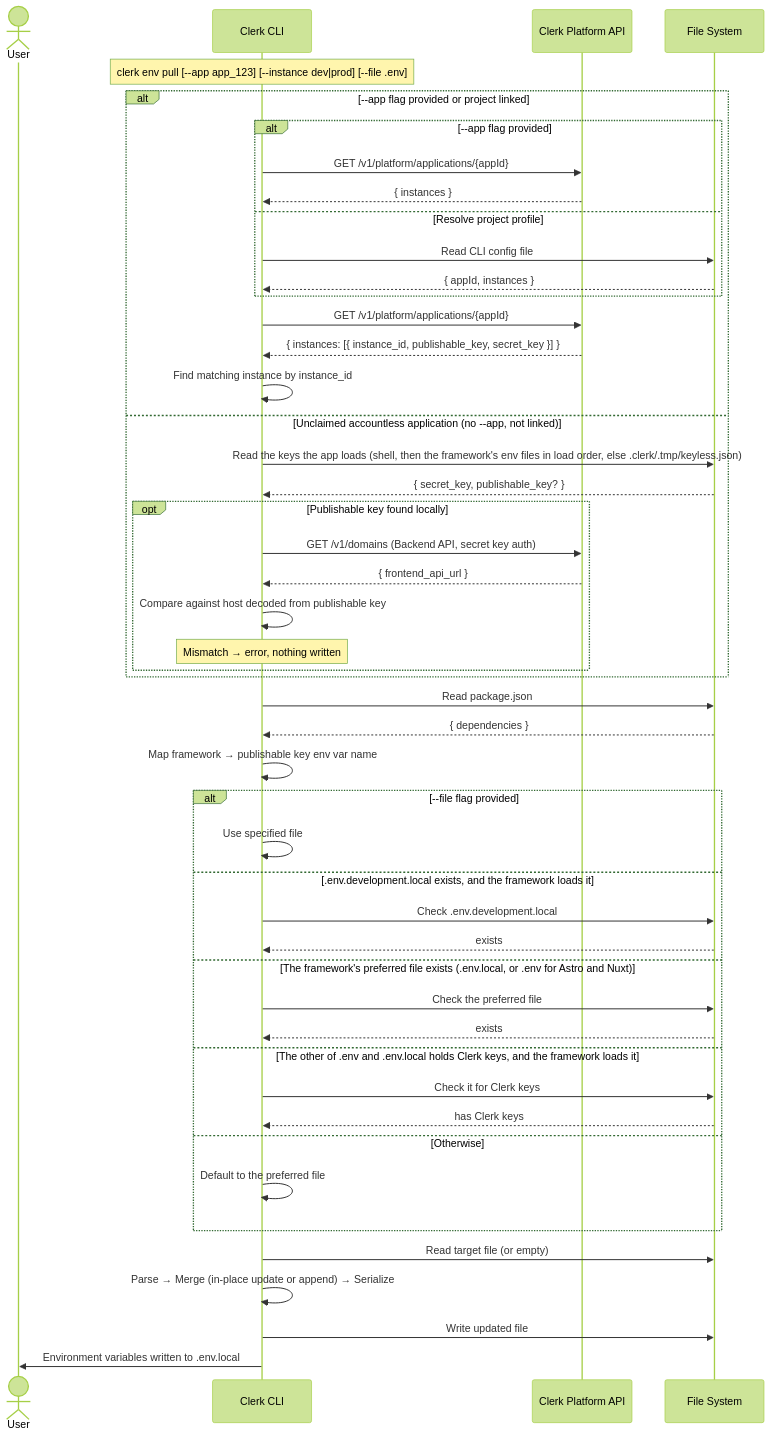
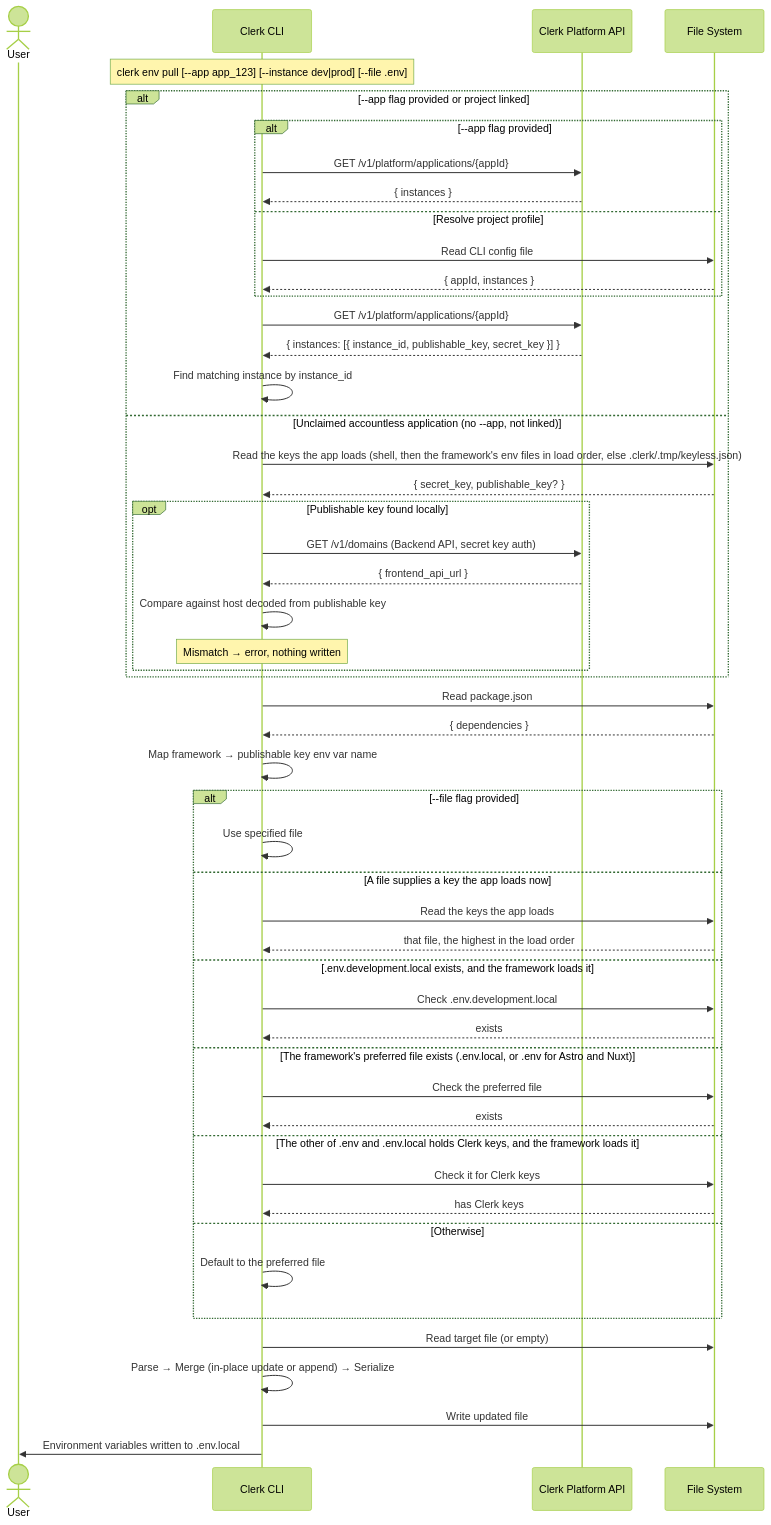
Before and after one commit to clerk/cli: the diagram in packages/cli-core/src/commands/env/README.md, drawn with Mermaid (forest theme). The commit also changed 2 other files, not shown here.

Commit message:
Write env pull's keys over the ones the app loads
- `env pull`'s default target could rank below a file that still held an old Clerk key in the framework's load order, e.g. an Astro folder got `.env` while `.env.local` held an old publishable key, so the old key kept winning for the app and for the CLI's reader
- The file that supplies a key the app loads now (`readFolderKeys`), the highest in the load order, is the target; otherwise the earlier rules pick it
- Tests: Astro with an old key in `.env.local`, and Vite with an old publishable or secret key in `.env.development`

````diff
--- a/packages/cli-core/src/commands/env/README.md
+++ b/packages/cli-core/src/commands/env/README.md
@@ -28,60 +28,63 @@
 ```mermaid
 sequenceDiagram
     actor User
     participant CLI as Clerk CLI
     participant API as Clerk Platform API
     participant FS as File System
 
     Note over CLI: clerk env pull [--app app_123] [--instance dev|prod] [--file .env]
 
     alt --app flag provided or project linked
         alt --app flag provided
             CLI->>API: GET /v1/platform/applications/{appId}
             API-->>CLI: { instances }
         else Resolve project profile
             CLI->>FS: Read CLI config file
             FS-->>CLI: { appId, instances }
         end
 
         %% Fetch application with keys
         CLI->>API: GET /v1/platform/applications/{appId}
         API-->>CLI: { instances: [{ instance_id, publishable_key, secret_key }] }
         CLI->>CLI: Find matching instance by instance_id
     else Unclaimed accountless application (no --app, not linked)
         CLI->>FS: Read the keys the app loads (shell, then the framework's env files in load order, else .clerk/.tmp/keyless.json)
         FS-->>CLI: { secret_key, publishable_key? }
         opt Publishable key found locally
             CLI->>API: GET /v1/domains (Backend API, secret key auth)
             API-->>CLI: { frontend_api_url }
             CLI->>CLI: Compare against host decoded from publishable key
             Note over CLI: Mismatch → error, nothing written
         end
     end
 
     %% Detect framework
     CLI->>FS: Read package.json
     FS-->>CLI: { dependencies }
     CLI->>CLI: Map framework → publishable key env var name
 
     %% Resolve target file (only files the framework loads, when it documents its order)
     alt --file flag provided
         CLI->>CLI: Use specified file
+    else A file supplies a key the app loads now
+        CLI->>FS: Read the keys the app loads
+        FS-->>CLI: that file, the highest in the load order
     else .env.development.local exists, and the framework loads it
         CLI->>FS: Check .env.development.local
         FS-->>CLI: exists
     else The framework's preferred file exists (.env.local, or .env for Astro and Nuxt)
         CLI->>FS: Check the preferred file
         FS-->>CLI: exists
     else The other of .env and .env.local holds Clerk keys, and the framework loads it
         CLI->>FS: Check it for Clerk keys
         FS-->>CLI: has Clerk keys
     else Otherwise
         CLI->>CLI: Default to the preferred file
     end
 
     %% Read, merge, write
     CLI->>FS: Read target file (or empty)
     CLI->>CLI: Parse → Merge (in-place update or append) → Serialize
     CLI->>FS: Write updated file
     CLI->>User: Environment variables written to .env.local
 ```
````
